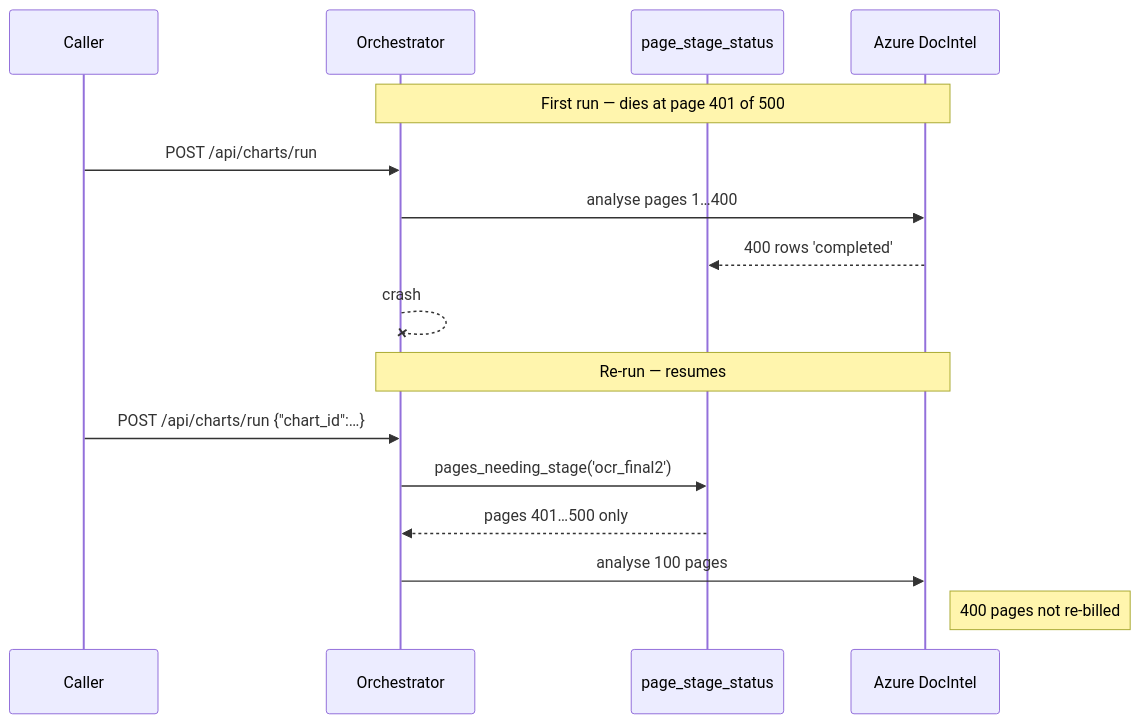
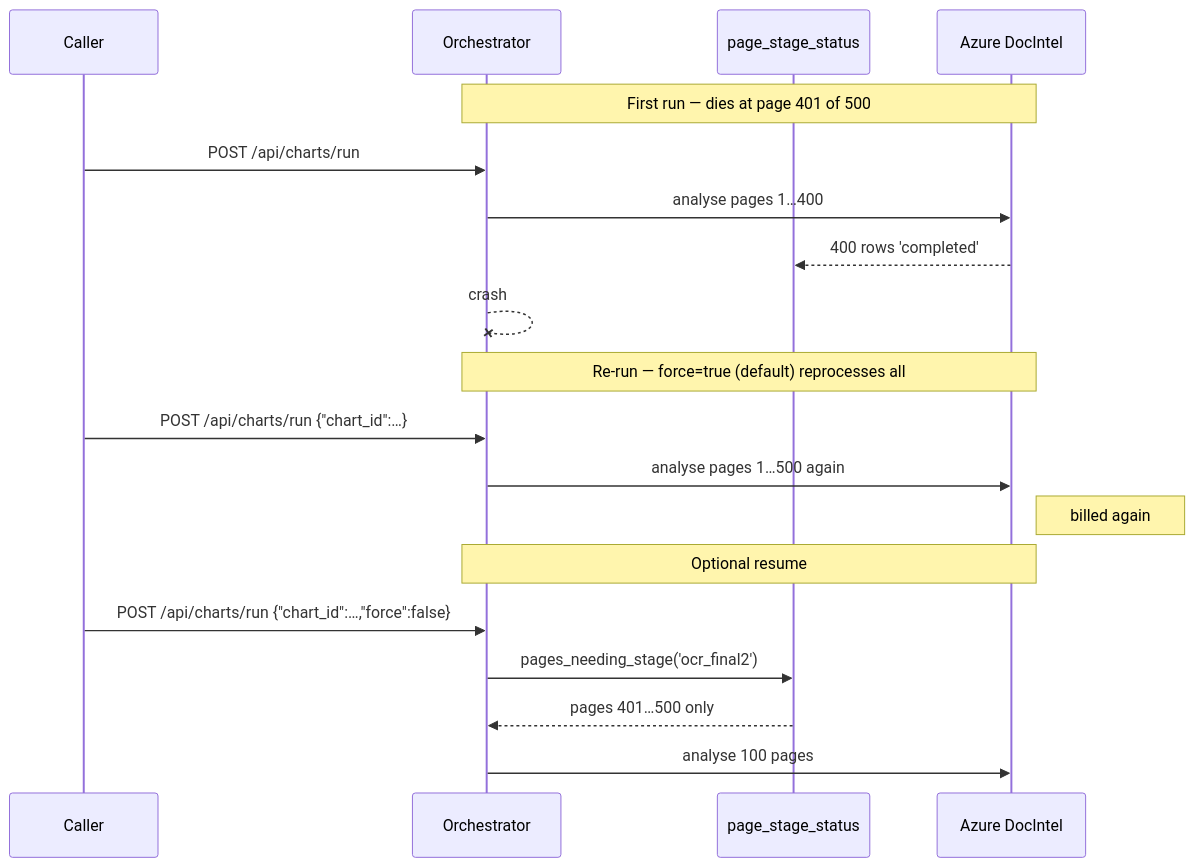
The fourth of 6 diagrams in docs/FLOW.md (abhinavdg-ever/model-repo), drawn with Mermaid before and after one commit. The commit also changed other lines of this file and 9 other files, not shown here.

First line of the commit message:
Default force=true, make .env override shell for NER, parallelize writes.

````diff
--- a/docs/FLOW.md
+++ b/docs/FLOW.md
@@ -168,20 +168,24 @@
 ```mermaid
 sequenceDiagram
   participant C as Caller
   participant O as Orchestrator
   participant DB as page_stage_status
   participant AZ as Azure DocIntel
 
   Note over O,AZ: First run — dies at page 401 of 500
   C->>O: POST /api/charts/run
   O->>AZ: analyse pages 1…400
   AZ-->>DB: 400 rows 'completed'
   O--xO: crash
 
-  Note over O,AZ: Re-run — resumes
+  Note over O,AZ: Re-run — force=true (default) reprocesses all
   C->>O: POST /api/charts/run {"chart_id":…}
+  O->>AZ: analyse pages 1…500 again
+  Note right of AZ: billed again
+
+  Note over O,AZ: Optional resume
+  C->>O: POST /api/charts/run {"chart_id":…,"force":false}
   O->>DB: pages_needing_stage('ocr_final2')
   DB-->>O: pages 401…500 only
   O->>AZ: analyse 100 pages
-  Note right of AZ: 400 pages not re-billed
 ```
````
